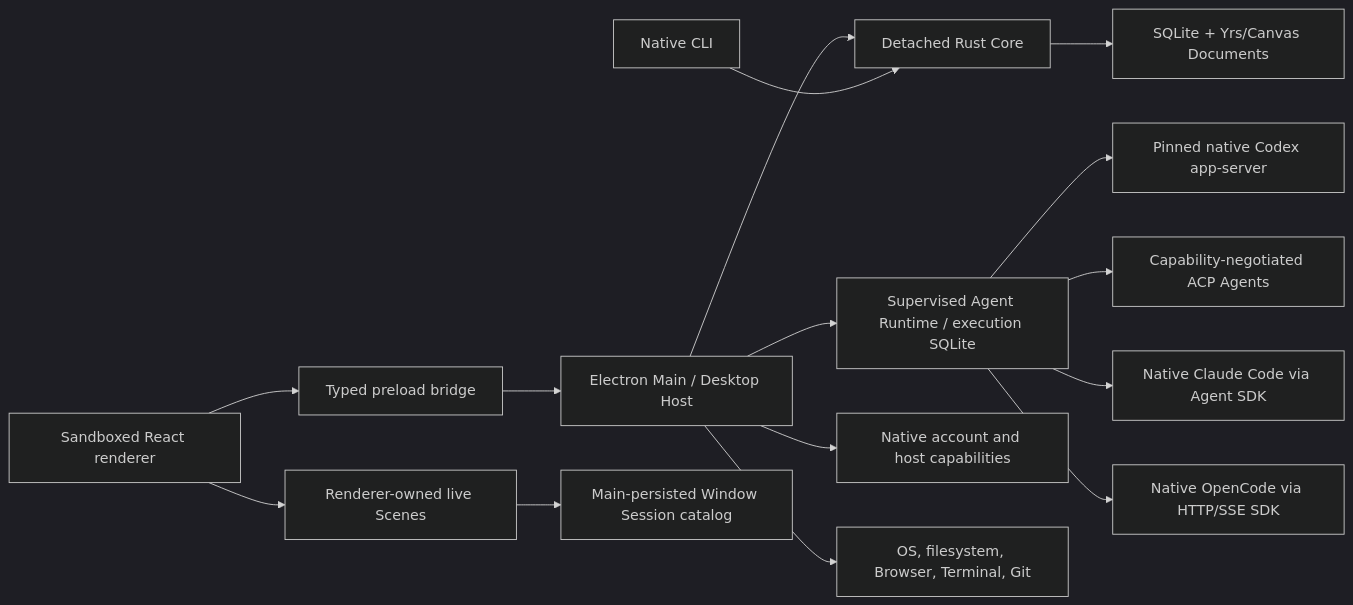
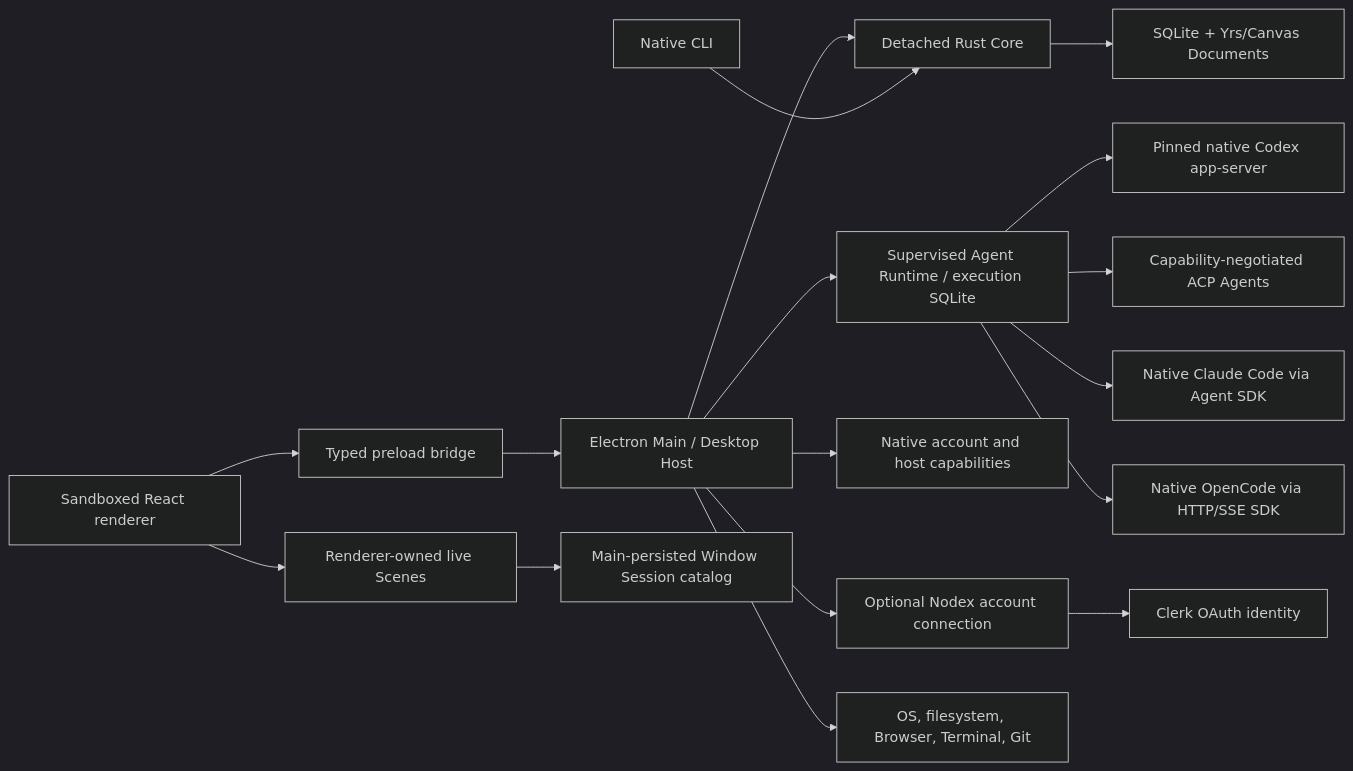
One commit to junyudev/nodex changed the first of 3 diagrams in docs/ARCHITECTURE.md. Above: the diagram before and after it, drawn with Mermaid (dark theme). The commit also changed other lines of this file and 35 other files, not shown here.

````diff
--- a/docs/ARCHITECTURE.md
+++ b/docs/ARCHITECTURE.md
@@ -16,17 +16,19 @@
 ```mermaid
 flowchart LR
     Renderer["Sandboxed React renderer"] --> Preload["Typed preload bridge"]
     Preload --> Main["Electron Main / Desktop Host"]
     Main --> Core["Detached Rust Core"]
     CLI["Native CLI"] --> Core
     Core --> Store["SQLite + Yrs/Canvas Documents"]
     Main --> Agent["Supervised Agent Runtime / execution SQLite"]
     Agent --> Codex["Pinned native Codex app-server"]
     Agent --> ACP["Capability-negotiated ACP Agents"]
     Agent --> Claude["Native Claude Code via Agent SDK"]
     Agent --> OpenCode["Native OpenCode via HTTP/SSE SDK"]
     Main --> Accounts["Native account and host capabilities"]
+    Main --> NodexAccount["Optional Nodex account connection"]
+    NodexAccount --> Clerk["Clerk OAuth identity"]
     Main --> Host["OS, filesystem, Browser, Terminal, Git"]
     Renderer --> Scene["Renderer-owned live Scenes"]
     Scene --> Catalog["Main-persisted Window Session catalog"]
 ```
````
